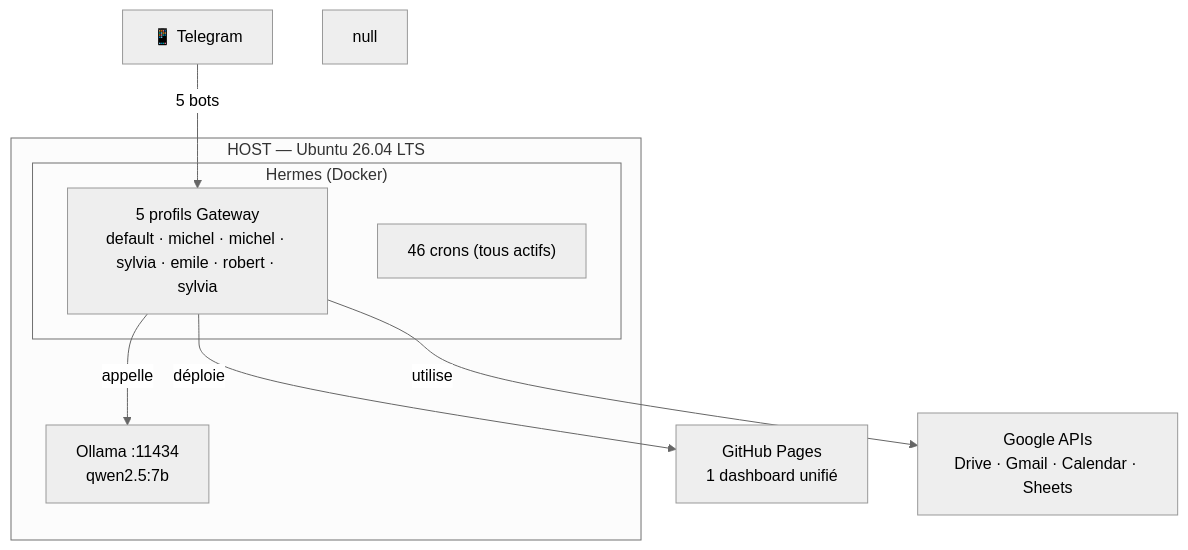
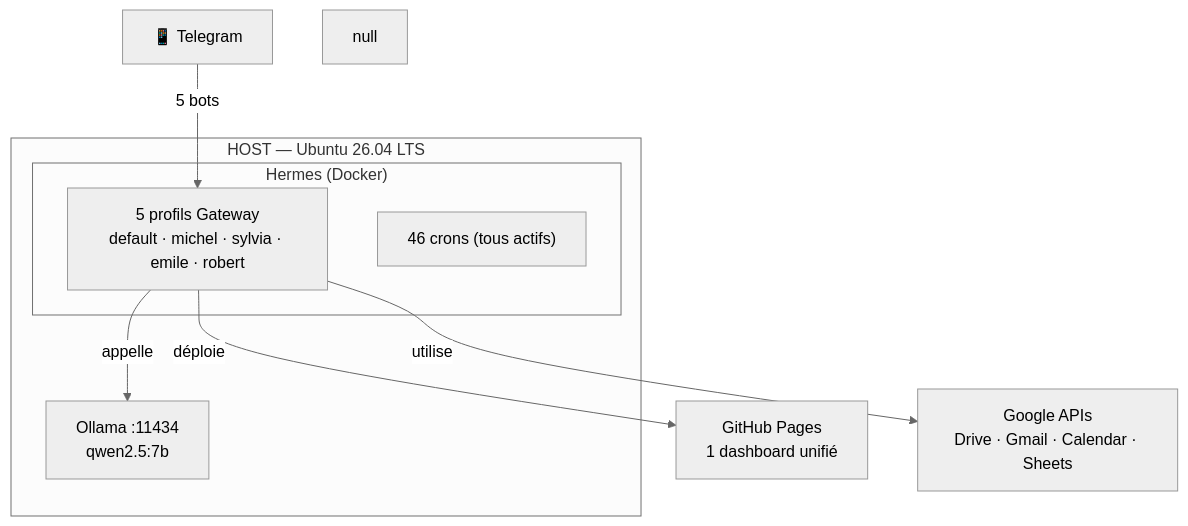
Before and after one commit to christophedanhier-hash/hermes-wiki: the diagram in docs/hermes/installation/linux.md, drawn with Mermaid (neutral theme). The commit also changed other lines of this file, not shown here.

Commit message:
fix(linux): diagramme profils, docker-compose→systemd, doublons

````diff
--- a/docs/hermes/installation/linux.md
+++ b/docs/hermes/installation/linux.md
@@ -127,16 +129,16 @@
 ```mermaid
 graph TB
     subgraph HOST["HOST — Ubuntu 26.04 LTS"]
         Ollama["Ollama :11434<br/>qwen2.5:7b"]
         subgraph Docker["Hermes (Docker)"]
-            GW["5 profils Gateway<br/>default · michel · michel · sylvia · emile · robert · sylvia"]
+            GW["5 profils Gateway<br/>default · michel · sylvia · emile · robert"]
             Crons["46 crons (tous actifs)"]
         end
     end
     
     Telegram["📱 Telegram"] -->|"5 bots"| GW
     GW -->|"déploie"| GH["GitHub Pages<br/>1 dashboard unifié"]
     GW -->|"utilise"| Google["Google APIs<br/>Drive · Gmail · Calendar · Sheets"]
     GW -->|"appelle"| Ollama
     null
 ```
````
